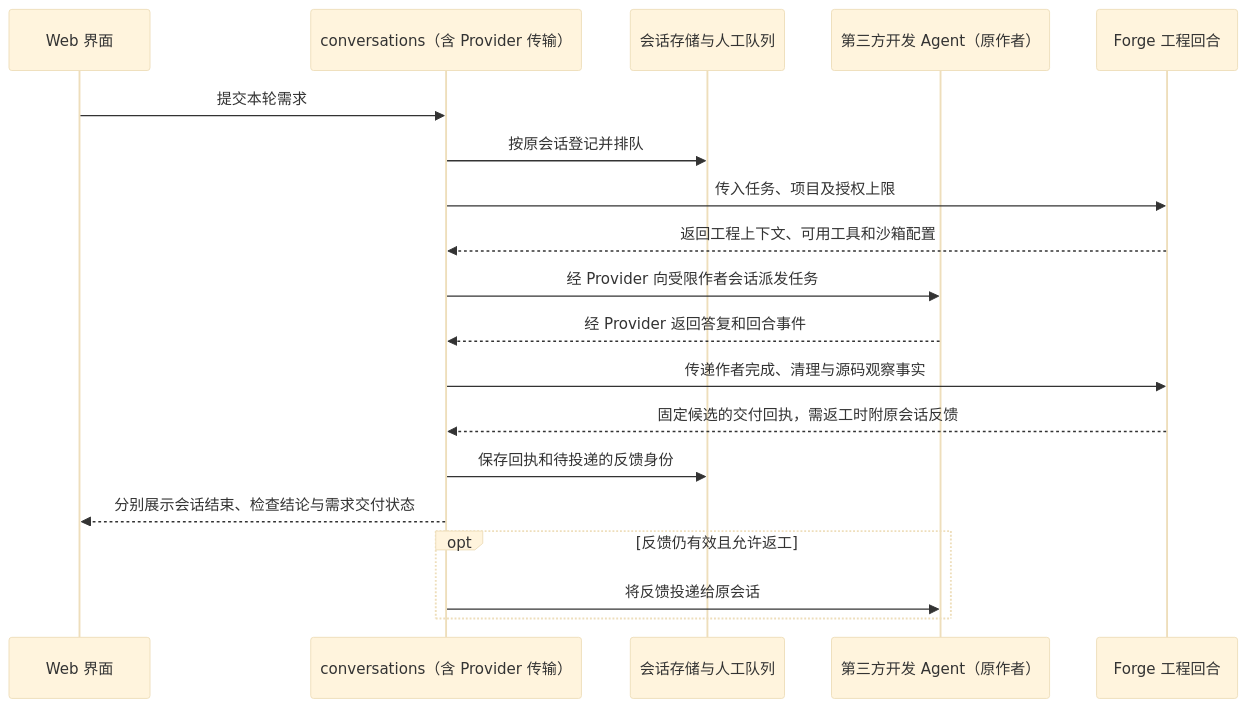
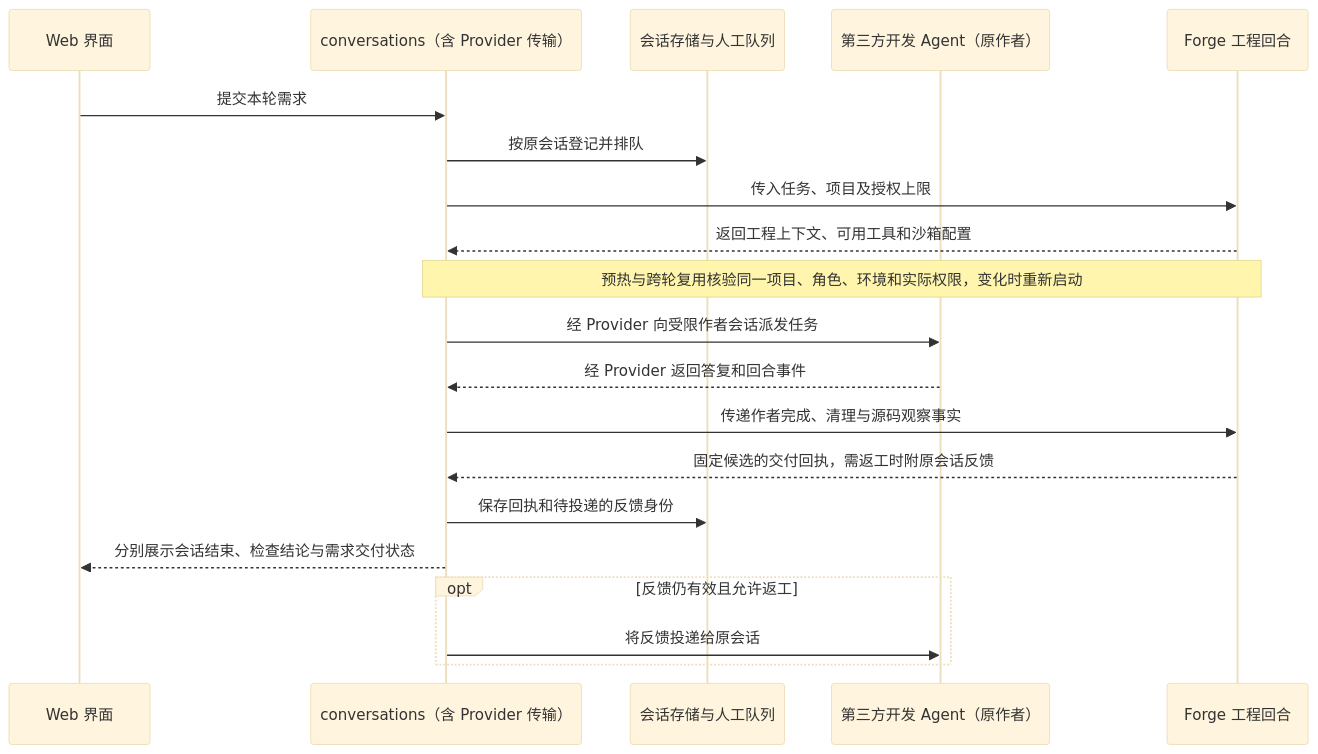
One commit to vincent9299/demiflow changed the seventh of 14 diagrams in docs/demiflow-architecture.md. Above: the diagram before and after it, drawn with Mermaid (base theme). The commit also changed other lines of this file, not shown here.

Commit message:
Clarify architecture boundaries from confirmed development intent

````diff
--- a/docs/demiflow-architecture.md
+++ b/docs/demiflow-architecture.md
@@ -290,21 +303,22 @@
 ```mermaid
 sequenceDiagram
     participant U as Web 界面
     participant C as conversations（含 Provider 传输）
     participant DB as 会话存储与人工队列
     participant A as 第三方开发 Agent（原作者）
     participant F as Forge 工程回合
     U->>C: 提交本轮需求
     C->>DB: 按原会话登记并排队
     C->>F: 传入任务、项目及授权上限
     F-->>C: 返回工程上下文、可用工具和沙箱配置
+    Note over C,F: 预热与跨轮复用核验同一项目、角色、环境和实际权限，变化时重新启动
     C->>A: 经 Provider 向受限作者会话派发任务
     A-->>C: 经 Provider 返回答复和回合事件
     C->>F: 传递作者完成、清理与源码观察事实
     F-->>C: 固定候选的交付回执，需返工时附原会话反馈
     C->>DB: 保存回执和待投递的反馈身份
     C-->>U: 分别展示会话结束、检查结论与需求交付状态
     opt 反馈仍有效且允许返工
         C->>A: 将反馈投递给原会话
     end
 ```
````
